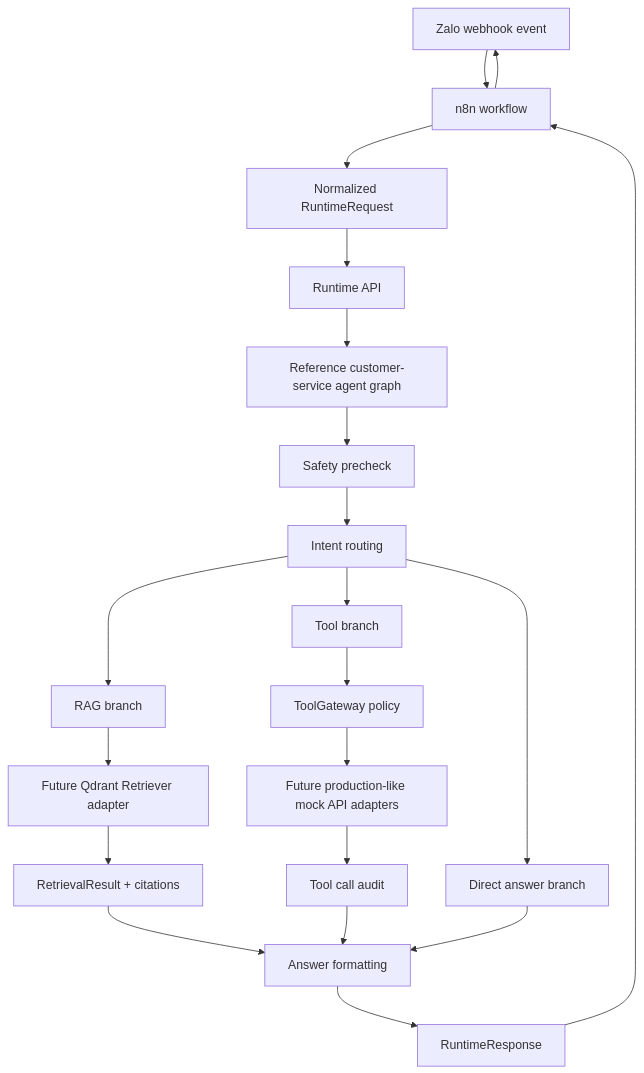
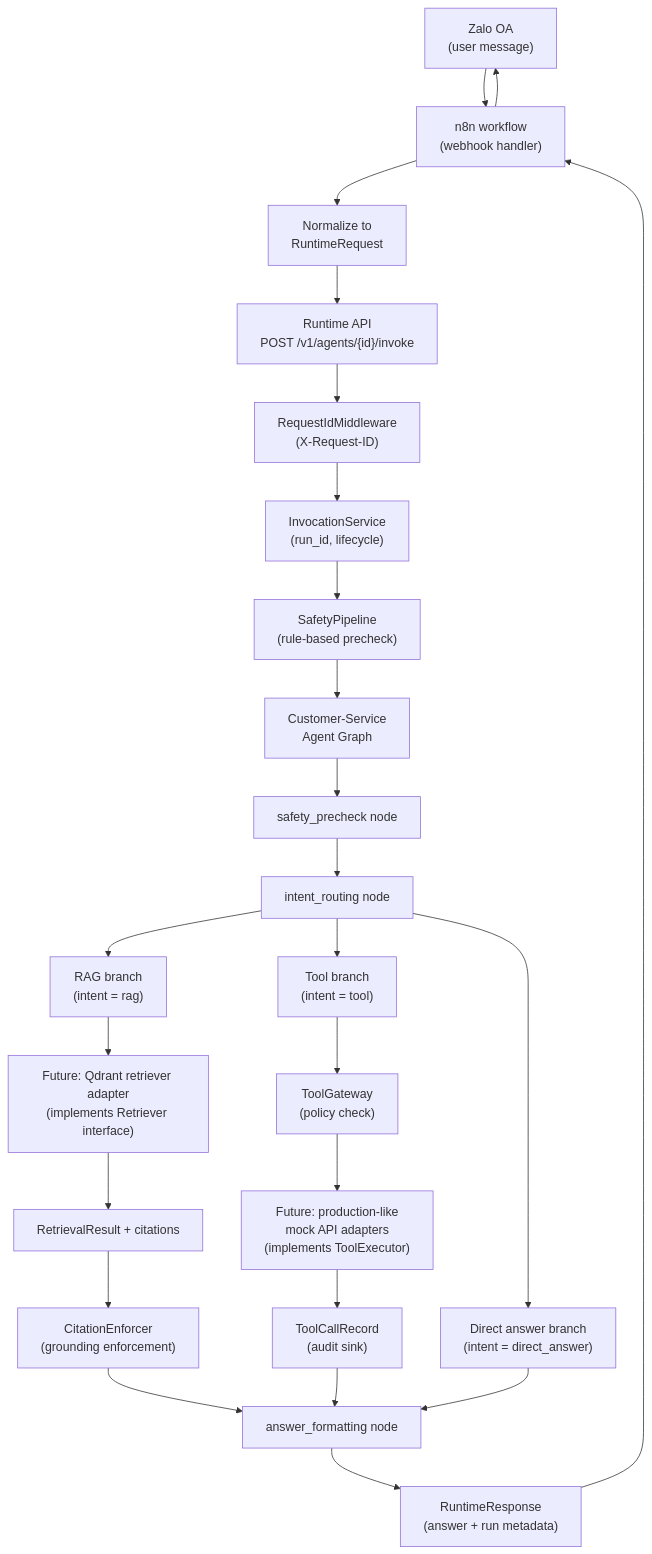
The diagram in examples/current_chatbot_demo/architecture.md (Tenaity/ai-agent-platform), drawn with Mermaid before and after one commit. The commit also changed other lines of this file and 24 other files, not shown here.

````diff
--- a/examples/current_chatbot_demo/architecture.md
+++ b/examples/current_chatbot_demo/architecture.md
@@ -3,27 +14,35 @@
 ```mermaid
 flowchart TD
-    Zalo["Zalo webhook event"] --> N8N["n8n workflow"]
-    N8N --> RuntimeRequest["Normalized RuntimeRequest"]
-    RuntimeRequest --> RuntimeAPI["Runtime API"]
-    RuntimeAPI --> Agent["Reference customer-service agent graph"]
+    Zalo["Zalo OA\n(user message)"] --> N8N["n8n workflow\n(webhook handler)"]
+    N8N --> Normalize["Normalize to\nRuntimeRequest"]
+    Normalize --> RuntimeAPI["Runtime API\nPOST /v1/agents/{id}/invoke"]
 
-    Agent --> Safety["Safety precheck"]
-    Safety --> Intent["Intent routing"]
-    Intent --> RAGBranch["RAG branch"]
-    Intent --> ToolBranch["Tool branch"]
-    Intent --> DirectAnswer["Direct answer branch"]
+    RuntimeAPI --> Middleware["RequestIdMiddleware\n(X-Request-ID)"]
+    Middleware --> InvocationService["InvocationService\n(run_id, lifecycle)"]
 
-    RAGBranch --> QdrantRetriever["Future Qdrant Retriever adapter"]
+    InvocationService --> Safety["SafetyPipeline\n(rule-based precheck)"]
+    Safety --> Graph["Customer-Service\nAgent Graph"]
+
+    Graph --> SafetyNode["safety_precheck node"]
+    SafetyNode --> IntentNode["intent_routing node"]
+
+    IntentNode --> RAGBranch["RAG branch\n(intent = rag)"]
+    IntentNode --> ToolBranch["Tool branch\n(intent = tool)"]
+    IntentNode --> DirectBranch["Direct answer branch\n(intent = direct_answer)"]
+
+    RAGBranch --> QdrantRetriever["Future: Qdrant retriever adapter\n(implements Retriever interface)"]
     QdrantRetriever --> RetrievalResult["RetrievalResult + citations"]
+    RetrievalResult --> CitationEnforcer["CitationEnforcer\n(grounding enforcement)"]
 
-    ToolBranch --> ToolGateway["ToolGateway policy"]
-    ToolGateway --> MockAdapters["Future production-like mock API adapters"]
-    MockAdapters --> ToolAudit["Tool call audit"]
+    ToolBranch --> ToolGateway["ToolGateway\n(policy check)"]
+    ToolGateway --> ToolExecutor["Future: production-like\nmock API adapters\n(implements ToolExecutor)"]
+    ToolExecutor --> ToolAudit["ToolCallRecord\n(audit sink)"]
 
-    RetrievalResult --> Formatter["Answer formatting"]
+    CitationEnforcer --> Formatter["answer_formatting node"]
     ToolAudit --> Formatter
-    DirectAnswer --> Formatter
-    Formatter --> RuntimeResponse["RuntimeResponse"]
+    DirectBranch --> Formatter
+
+    Formatter --> RuntimeResponse["RuntimeResponse\n(answer + run metadata)"]
     RuntimeResponse --> N8N
     N8N --> Zalo
 ```
````
